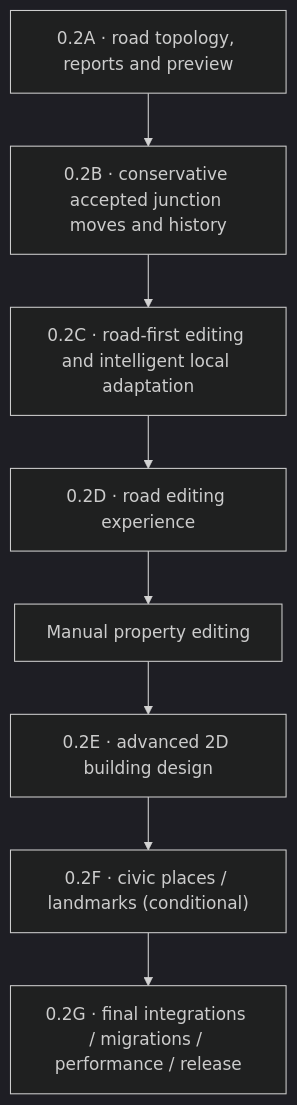
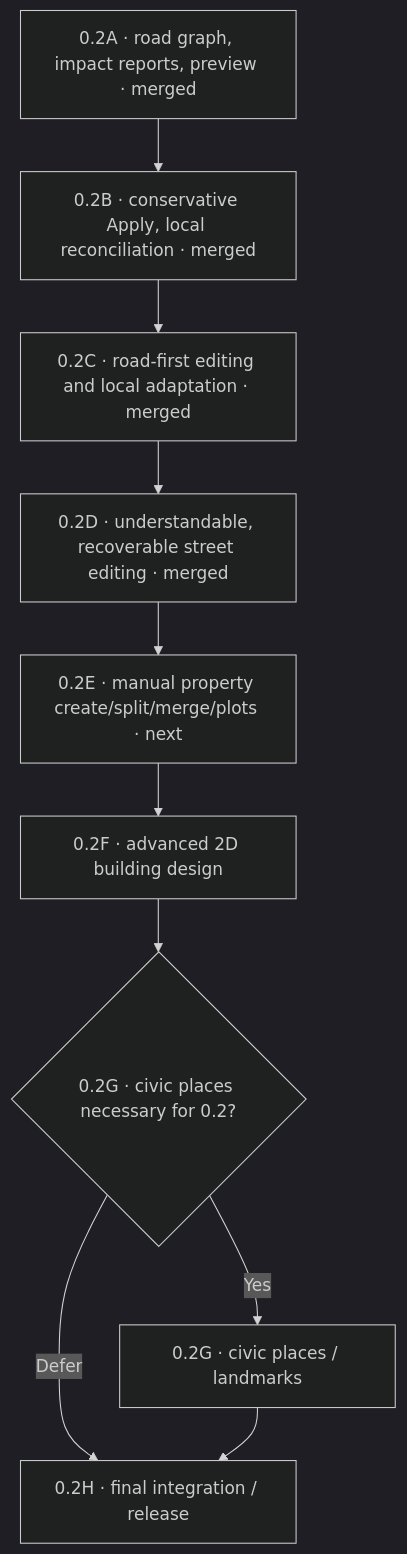
The diagram in docs/plans/0.2/README.md (xbwtyz/Mappo), drawn with Mermaid (dark theme) before and after one commit. The commit also changed other lines of this file and 7 other files, not shown here.

Commit message:
docs(0.2): sequence properties before buildings, civic scope and release hardening

````diff
--- a/docs/plans/0.2/README.md
+++ b/docs/plans/0.2/README.md
@@ -15,10 +15,12 @@
 ```mermaid
 flowchart TD
-  A["0.2A · road topology, reports and preview"] --> B["0.2B · conservative accepted junction moves and history"]
-  B --> C["0.2C · road-first editing and intelligent local adaptation"]
-  C --> D["0.2D · road editing experience"]
-  D --> P["Manual property editing"]
-  P --> E["0.2E · advanced 2D building design"]
-  E --> F["0.2F · civic places / landmarks (conditional)"]
-  F --> G["0.2G · final integrations / migrations / performance / release"]
+  A["0.2A · road graph, impact reports, preview · merged"] --> B["0.2B · conservative Apply, local reconciliation · merged"]
+  B --> C["0.2C · road-first editing and local adaptation · merged"]
+  C --> D["0.2D · understandable, recoverable street editing · merged"]
+  D --> E["0.2E · manual property create/split/merge/plots · next"]
+  E --> F["0.2F · advanced 2D building design"]
+  F --> G{"0.2G · civic places necessary for 0.2?"}
+  G -->|Yes| G1["0.2G · civic places / landmarks"]
+  G -->|Defer| H["0.2H · final integration / release"]
+  G1 --> H
 ```
````
